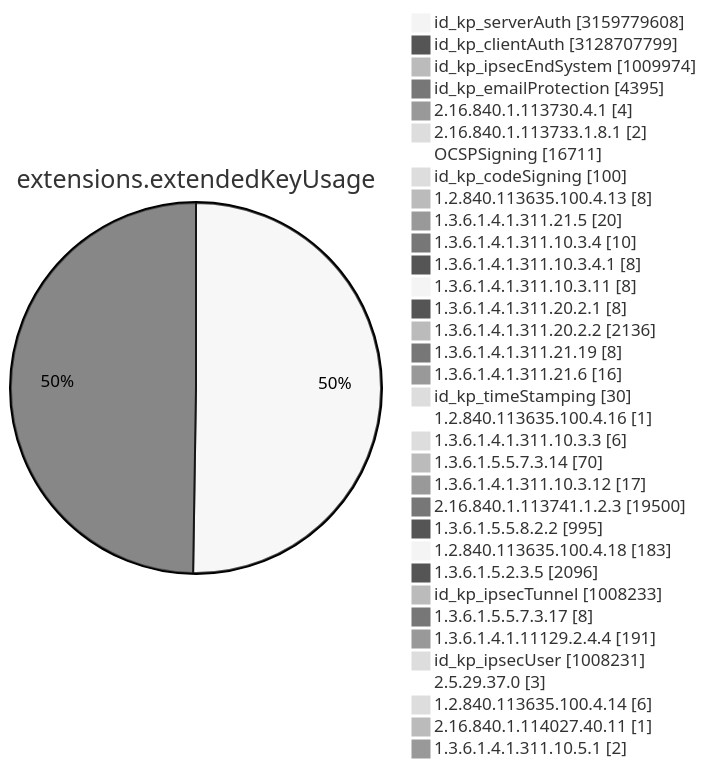
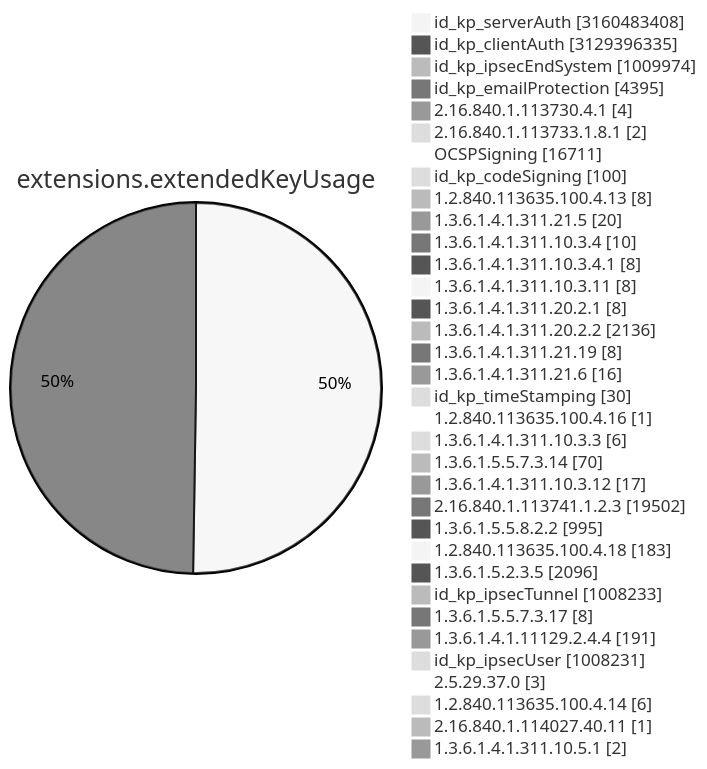
One commit to christiankrug/ctmonitor_visualization changed diagram 11 of 15 in TOTAL/README.md. Above: the diagram before and after it, drawn with Mermaid (neutral theme). The commit also changed other lines of this file, not shown here.

````diff
--- a/TOTAL/README.md
+++ b/TOTAL/README.md
@@ -4119,38 +4119,38 @@
 ```mermaid
 pie showData
 title extensions.extendedKeyUsage
-"id_kp_serverAuth" :3159779608
-"id_kp_clientAuth" :3128707799
+"id_kp_serverAuth" :3160483408
+"id_kp_clientAuth" :3129396335
 "id_kp_ipsecEndSystem" :1009974
 "id_kp_emailProtection" :4395
 "2.16.840.1.113730.4.1" :4
 "2.16.840.1.113733.1.8.1" :2
 "OCSPSigning" :16711
 "id_kp_codeSigning" :100
 "1.2.840.113635.100.4.13" :8
 "1.3.6.1.4.1.311.21.5" :20
 "1.3.6.1.4.1.311.10.3.4" :10
 "1.3.6.1.4.1.311.10.3.4.1" :8
 "1.3.6.1.4.1.311.10.3.11" :8
 "1.3.6.1.4.1.311.20.2.1" :8
 "1.3.6.1.4.1.311.20.2.2" :2136
 "1.3.6.1.4.1.311.21.19" :8
 "1.3.6.1.4.1.311.21.6" :16
 "id_kp_timeStamping" :30
 "1.2.840.113635.100.4.16" :1
 "1.3.6.1.4.1.311.10.3.3" :6
 "1.3.6.1.5.5.7.3.14" :70
 "1.3.6.1.4.1.311.10.3.12" :17
-"2.16.840.1.113741.1.2.3" :19500
+"2.16.840.1.113741.1.2.3" :19502
 "1.3.6.1.5.5.8.2.2" :995
 "1.2.840.113635.100.4.18" :183
 "1.3.6.1.5.2.3.5" :2096
 "id_kp_ipsecTunnel" :1008233
 "1.3.6.1.5.5.7.3.17" :8
 "1.3.6.1.4.1.11129.2.4.4" :191
 "id_kp_ipsecUser" :1008231
 "2.5.29.37.0" :3
 "1.2.840.113635.100.4.14" :6
 "2.16.840.1.114027.40.11" :1
 "1.3.6.1.4.1.311.10.5.1" :2
 ```
````
